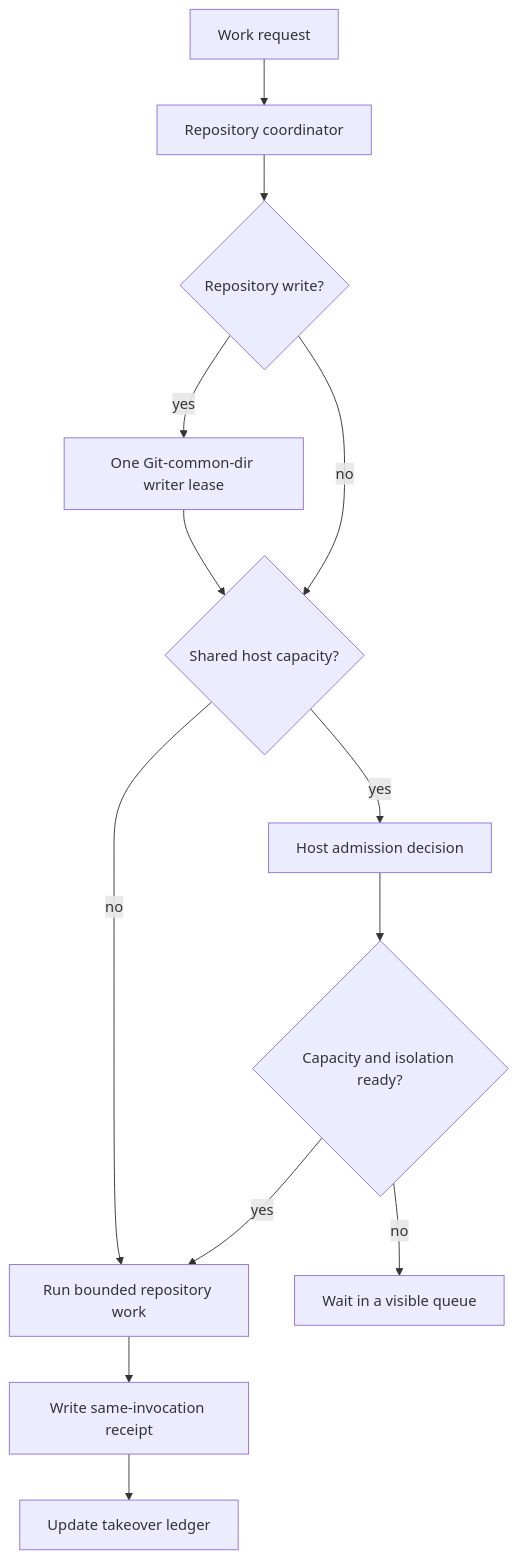
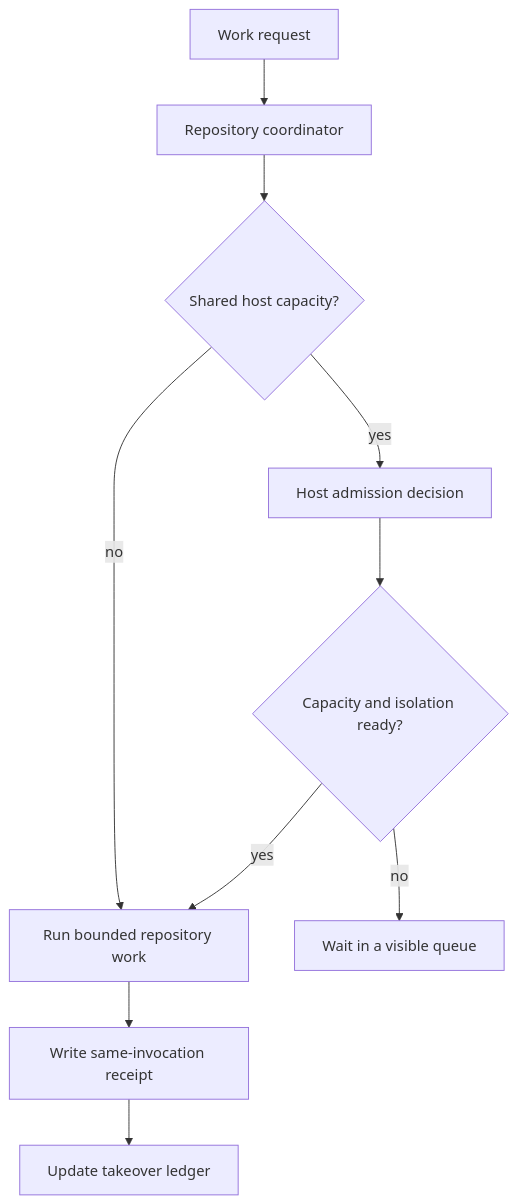
Before and after one commit to ray-manaloto/dotfiles: the diagram in docs/specs/orchestration-takeover.md, drawn with Mermaid. The commit also changed other lines of this file and 28 other files, not shown here.

First line of the commit message:
chore(agents): retire the repository writer lease

````diff
--- a/docs/specs/orchestration-takeover.md
+++ b/docs/specs/orchestration-takeover.md
@@ -14,15 +15,12 @@
 ```mermaid
 flowchart TD
     W["Work request"] --> R["Repository coordinator"]
-    R --> C{"Repository write?"}
-    C -->|"yes"| L["One Git-common-dir writer lease"]
-    L --> H{"Shared host capacity?"}
-    C -->|"no"| H
+    R --> H{"Shared host capacity?"}
     H -->|"no"| D["Run bounded repository work"]
     H -->|"yes"| B["Host admission decision"]
     B --> A{"Capacity and isolation ready?"}
     A -->|"yes"| D
     A -->|"no"| Q["Wait in a visible queue"]
     D --> E["Write same-invocation receipt"]
     E --> T["Update takeover ledger"]
 ```
````
